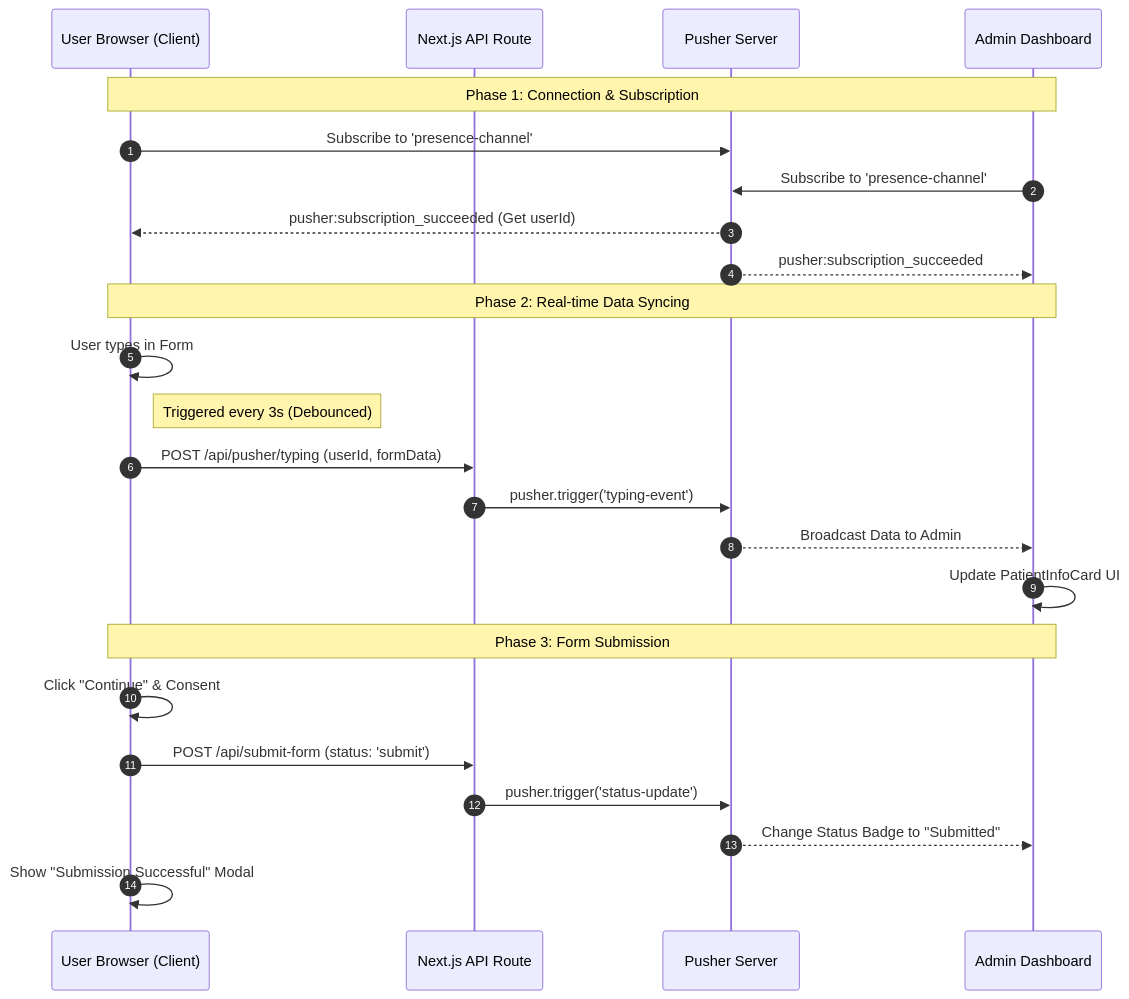
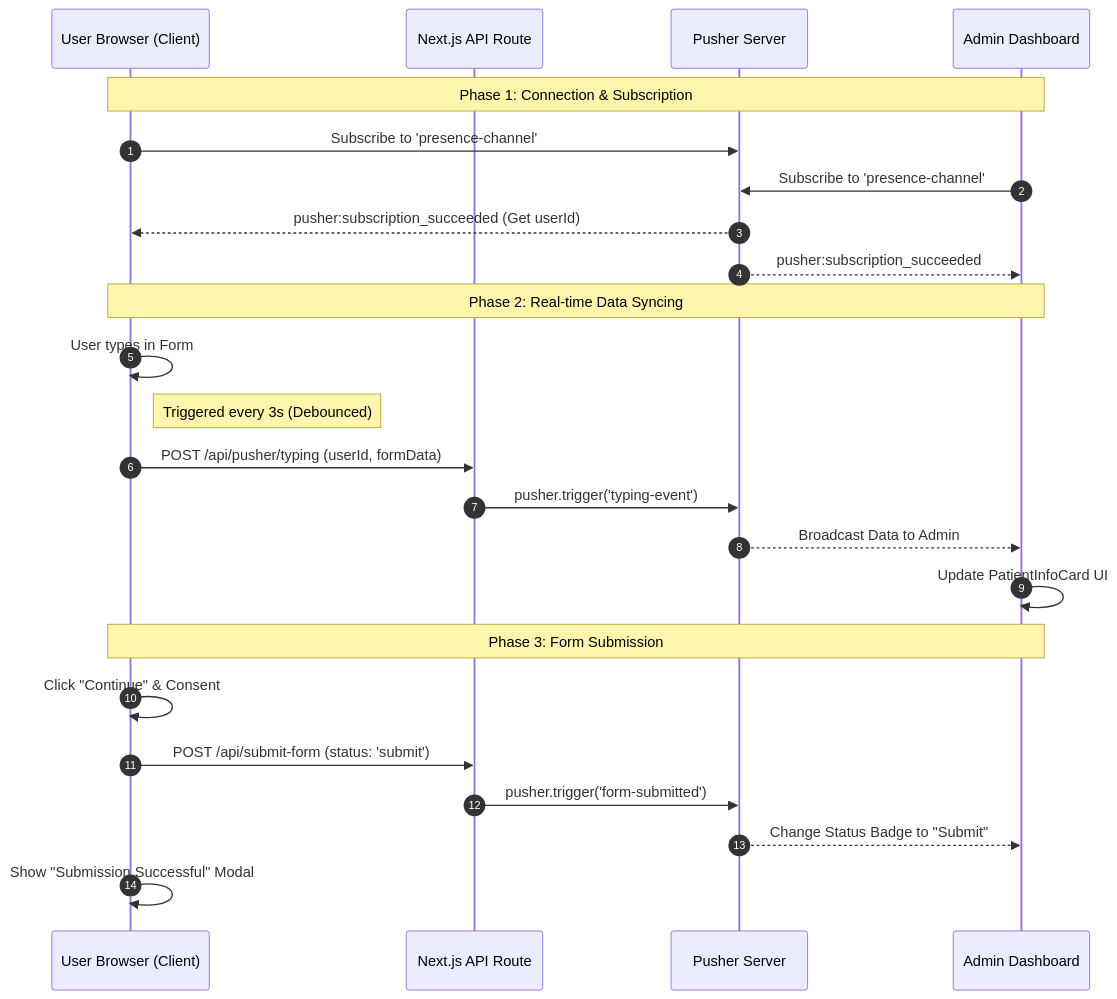
One commit to iipinkii61/healthtrack-web changed the diagram in README.md. Above: the diagram before and after it, drawn with Mermaid.

````diff
--- a/README.md
+++ b/README.md
@@ -141,29 +141,29 @@
 ```mermaid
 sequenceDiagram
     autonumber
     participant U as User Browser (Client)
     participant API as Next.js API Route
     participant P as Pusher Server
     participant A as Admin Dashboard
 
     Note over U, A: Phase 1: Connection & Subscription
     U->>P: Subscribe to 'presence-channel'
     A->>P: Subscribe to 'presence-channel'
     P-->>U: pusher:subscription_succeeded (Get userId)
     P-->>A: pusher:subscription_succeeded
 
     Note over U, A: Phase 2: Real-time Data Syncing
     U->>U: User types in Form
     Note right of U: Triggered every 3s (Debounced)
     U->>API: POST /api/pusher/typing (userId, formData)
     API->>P: pusher.trigger('typing-event')
     P-->>A: Broadcast Data to Admin
     A->>A: Update PatientInfoCard UI
 
     Note over U, A: Phase 3: Form Submission
     U->>U: Click "Continue" & Consent
     U->>API: POST /api/submit-form (status: 'submit')
-    API->>P: pusher.trigger('status-update')
-    P-->>A: Change Status Badge to "Submitted"
+    API->>P: pusher.trigger('form-submitted')
+    P-->>A: Change Status Badge to "Submit"
     U->>U: Show "Submission Successful" Modal
 ```
````
